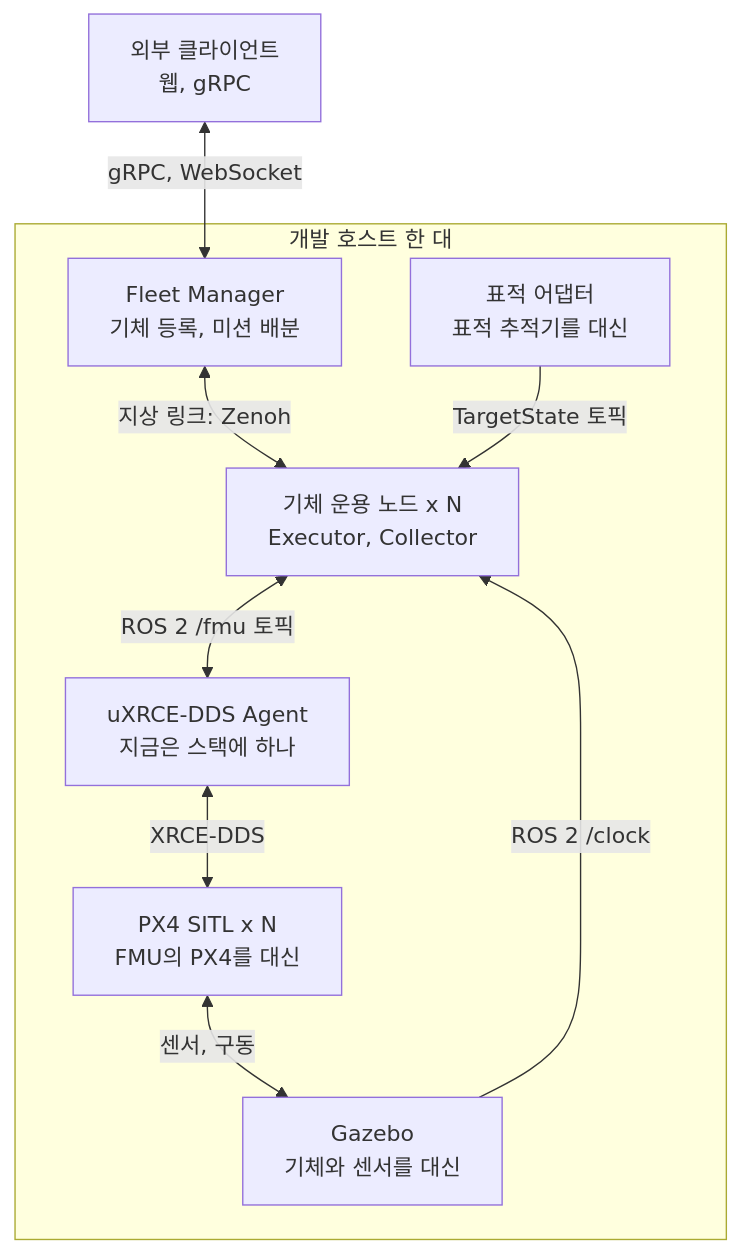
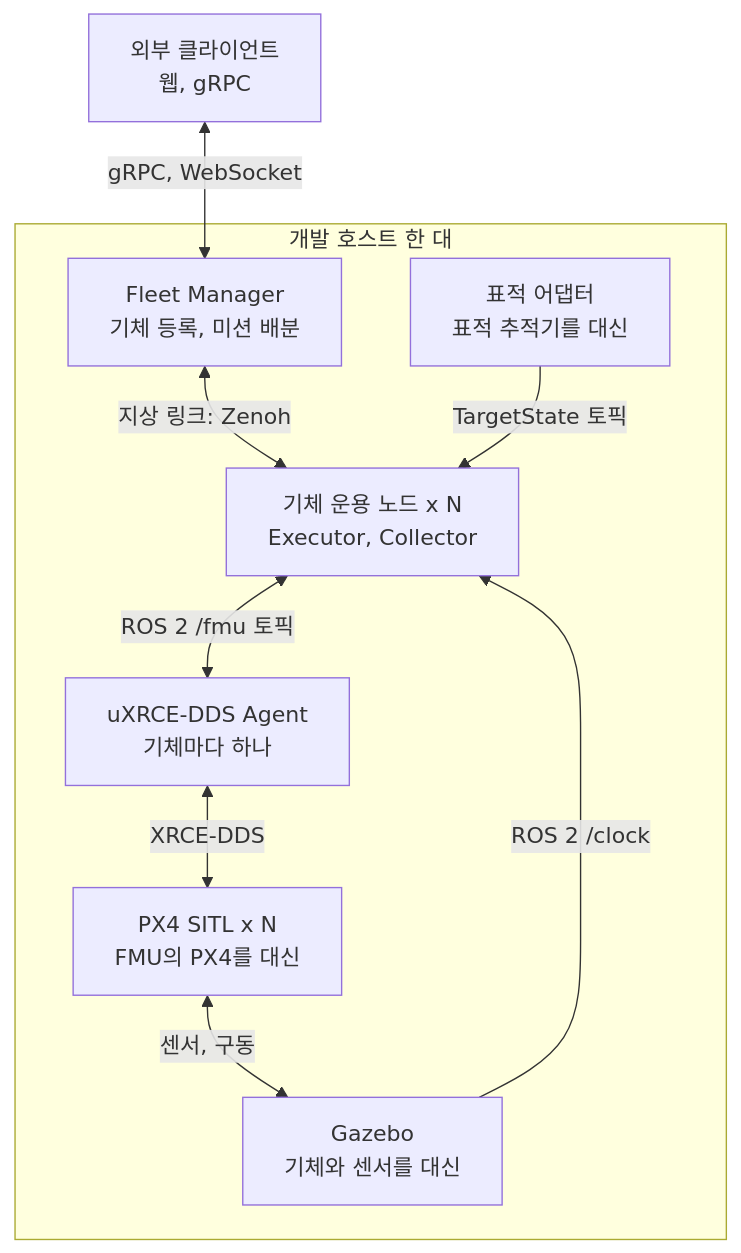
Before and after one commit to danielhongwoo/idsim: the second of 9 diagrams in docs/architecture.md, drawn with Mermaid. The commit also changed other lines of this file and 2 other files, not shown here.

First line of the commit message:
시뮬레이션에서도 uXRCE-DDS Agent를 기체마다 하나씩 두는 설계로 정한다

````diff
--- a/docs/architecture.md
+++ b/docs/architecture.md
@@ -67,19 +67,19 @@
 ```mermaid
 flowchart TB
   EXT["외부 클라이언트<br/>웹, gRPC"]
   subgraph HOST["개발 호스트 한 대"]
     FM["Fleet Manager<br/>기체 등록, 미션 배분"]
     OPS["기체 운용 노드 x N<br/>Executor, Collector"]
-    AG["uXRCE-DDS Agent<br/>지금은 스택에 하나"]
+    AG["uXRCE-DDS Agent<br/>기체마다 하나"]
     PX["PX4 SITL x N<br/>FMU의 PX4를 대신"]
     GZ["Gazebo<br/>기체와 센서를 대신"]
     TP["표적 어댑터<br/>표적 추적기를 대신"]
   end
   EXT <-->|"gRPC, WebSocket"| FM
   FM <-->|"지상 링크: Zenoh"| OPS
   OPS <-->|"ROS 2 /fmu 토픽"| AG
   AG <-->|"XRCE-DDS"| PX
   PX <-->|"센서, 구동"| GZ
   GZ -->|"ROS 2 /clock"| OPS
   TP -->|"TargetState 토픽"| OPS
 ```
````
